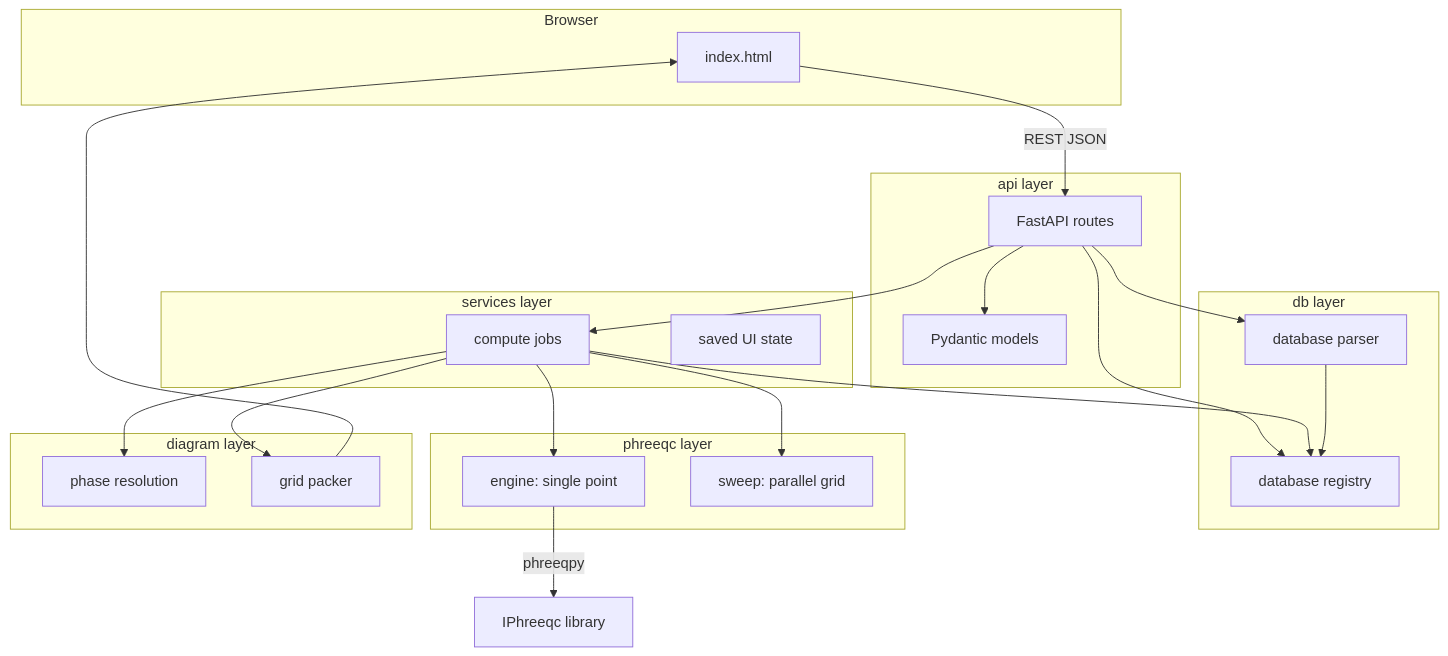
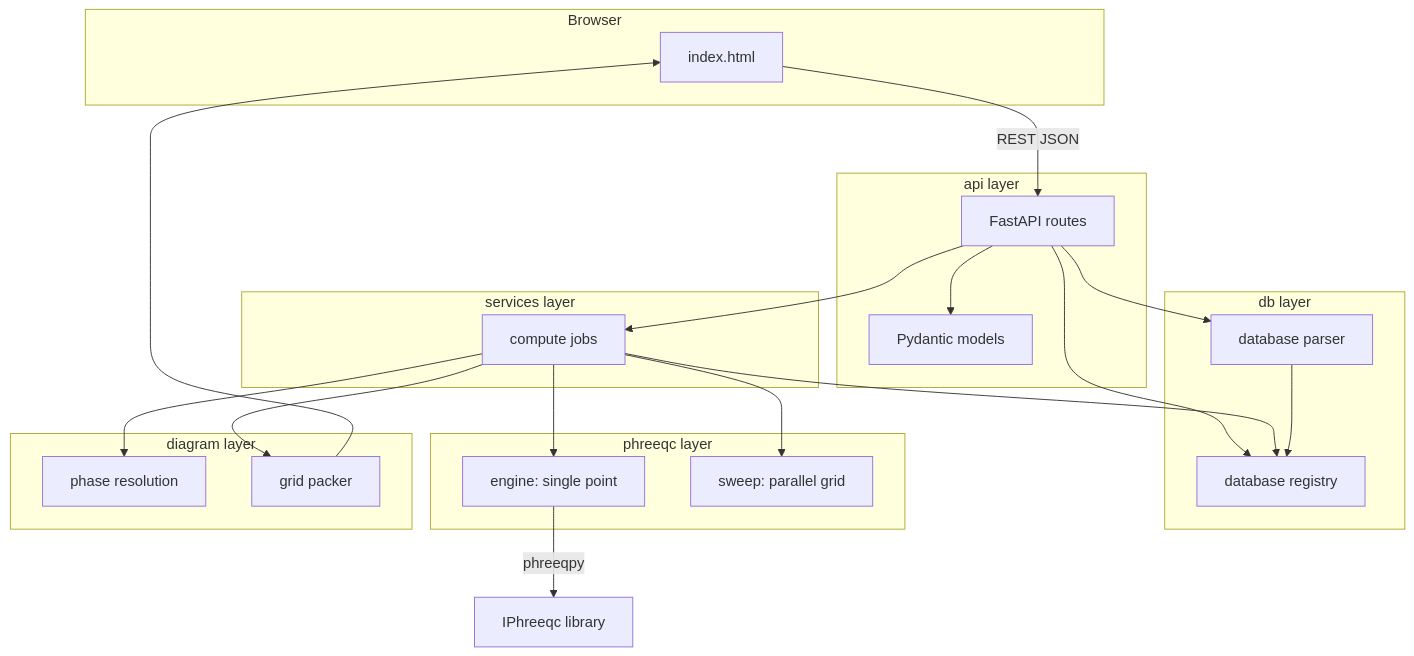
One commit to Matteo-Loche/Phaser changed the first of 2 diagrams in README.md. Above: the diagram before and after it, drawn with Mermaid. The commit also changed other lines of this file and 10 other files, not shown here.

````diff
--- a/README.md
+++ b/README.md
@@ -64,45 +64,44 @@
 ```mermaid
 flowchart TB
     subgraph client [Browser]
         UI[index.html]
     end
 
     subgraph api [api layer]
         Routes[FastAPI routes]
         Models[Pydantic models]
     end
 
     subgraph services [services layer]
         Compute[compute jobs]
-        State[saved UI state]
     end
 
     subgraph db_layer [db layer]
         Registry[database registry]
         Parser[database parser]
     end
 
     subgraph solver [phreeqc layer]
         Engine[engine: single point]
         Sweep[sweep: parallel grid]
     end
 
     subgraph diagram_layer [diagram layer]
         Phases[phase resolution]
         Packer[grid packer]
     end
 
     UI -->|REST JSON| Routes
     Routes --> Models
     Routes --> Compute
     Routes --> Registry
     Routes --> Parser
     Compute --> Registry
     Compute --> Phases
     Compute --> Engine
     Compute --> Sweep
     Compute --> Packer
     Parser --> Registry
     Engine -->|phreeqpy| IPhreeqc[IPhreeqc library]
     Packer --> UI
 ```
````
